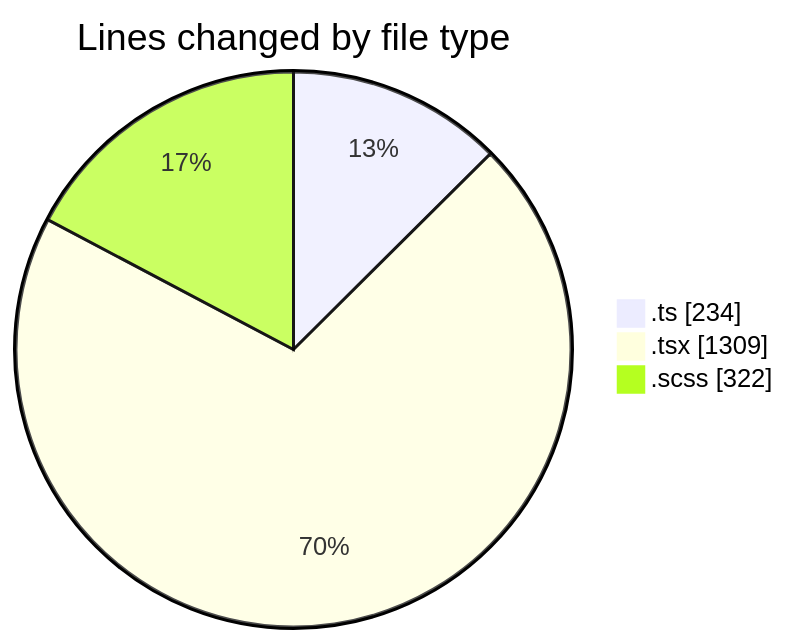
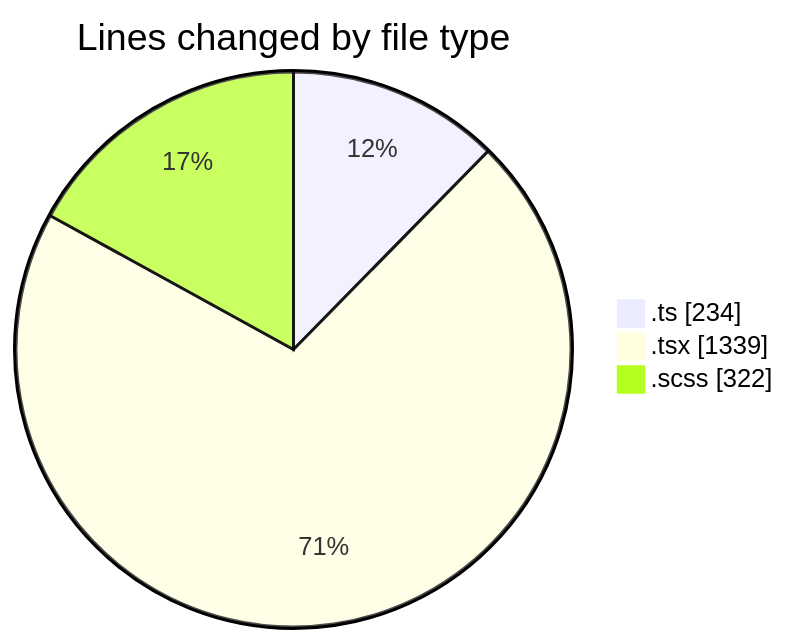
One commit to momahboobian/code-tracking changed the first of 2 diagrams in 2025-05-01/cda/README.md. Above: the diagram before and after it, drawn with Mermaid. The commit also changed other lines of this file and 1 other file, not shown here.

````diff
--- a/2025-05-01/cda/README.md
+++ b/2025-05-01/cda/README.md
@@ -30,7 +30,7 @@
 ```mermaid
 pie showData
 title Lines changed by file type
 ".ts" : 234
-".tsx" : 1309
+".tsx" : 1339
 ".scss" : 322
 ```
````
